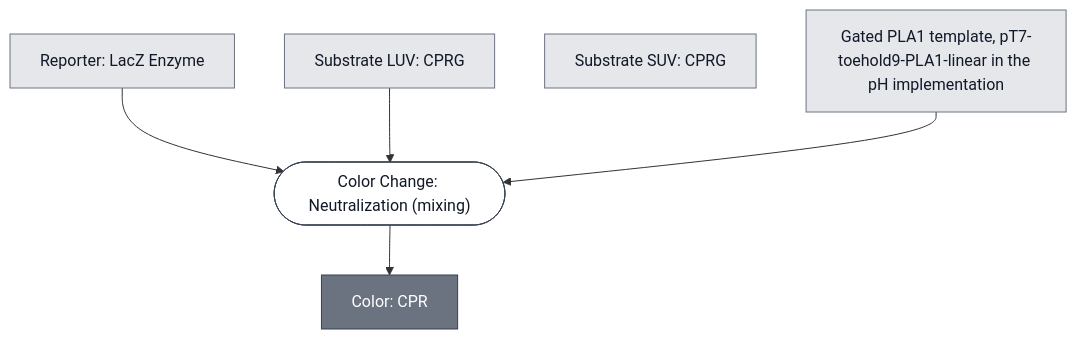
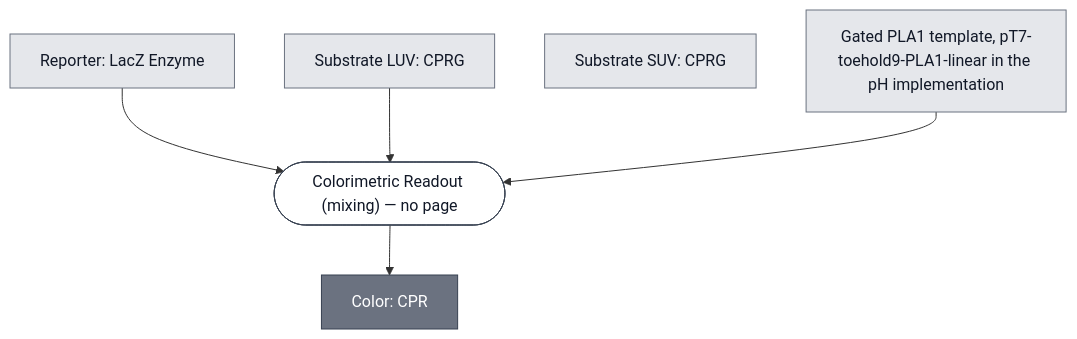
The first of 2 diagrams in docs/modules/color-change/spec.md (nucleus-eng/nucleus-docs), drawn with Mermaid before and after one commit. The commit also changed other lines of this file and 1 other file, not shown here.

Commit message:
Make the Color Change report step a generic step with no page
Color Change is the generic Module. Its report-color step is the same in every implementation, and only the delivery of the substrate differs. The step linked to the pH Cascade protocol, which made the diagram claim that this protocol is the step.

The step now has page: null, as the reporter-degfp Fluorescence Readout step does. The diagram is regenerated and labels the node "no page". The Processes list keeps the link to Color Change: Neutralization and says that it is the route in the pH implementation.

````diff
--- a/docs/modules/color-change/spec.md
+++ b/docs/modules/color-change/spec.md
@@ -27,28 +27,27 @@
 ```mermaid
 flowchart TD
     GATED_PLA1_DNA["Gated PLA1 template, pT7-toehold9-PLA1-linear in the pH implementation"]
     SUBSTRATE_LIPOSOME_LUV["Substrate LUV: CPRG"]
     SUBSTRATE_LIPOSOME_SUV["Substrate SUV: CPRG"]
     REPORTER_LACZ_ENZYME["Reporter: LacZ Enzyme"]
 
-    P1_REPORT_COLOR_0(["Color Change: Neutralization (mixing)"])
+    P1_REPORT_COLOR_0(["Colorimetric Readout (mixing) — no page"])
     COLOR["Color: CPR"]
 
     REPORTER_LACZ_ENZYME --> P1_REPORT_COLOR_0
     SUBSTRATE_LIPOSOME_LUV --> P1_REPORT_COLOR_0
     GATED_PLA1_DNA --> P1_REPORT_COLOR_0
     P1_REPORT_COLOR_0 --> COLOR
 
 
     classDef leaf     fill:#e5e7eb,stroke:#6b7280,color:#111827;
     classDef composed fill:#6b7280,stroke:#374151,color:#ffffff;
     classDef process  fill:#ffffff,stroke:#374151,color:#111827;
     class GATED_PLA1_DNA,SUBSTRATE_LIPOSOME_LUV,SUBSTRATE_LIPOSOME_SUV,REPORTER_LACZ_ENZYME leaf;
     class COLOR composed;
     class P1_REPORT_COLOR_0 process;
 
     click SUBSTRATE_LIPOSOME_LUV "/docs/modules/substrate-cprg-luv/spec"
     click SUBSTRATE_LIPOSOME_SUV "/docs/modules/substrate-cprg-suv/spec"
     click REPORTER_LACZ_ENZYME "/docs/modules/reporter-lacz-enzyme/spec"
-    click P1_REPORT_COLOR_0 "/docs/processes/color-change-neutralization/main"
 ```
````
